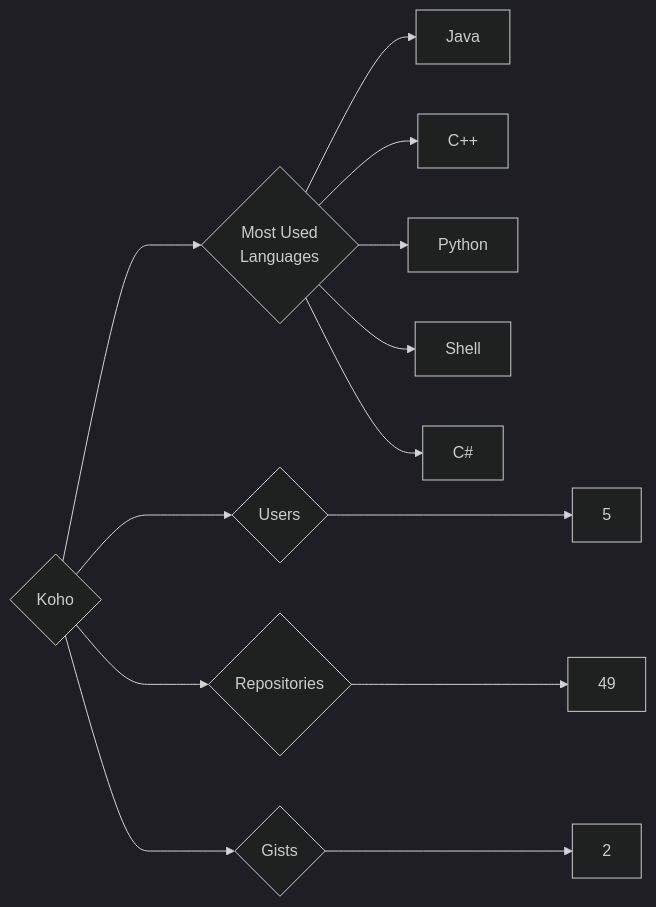
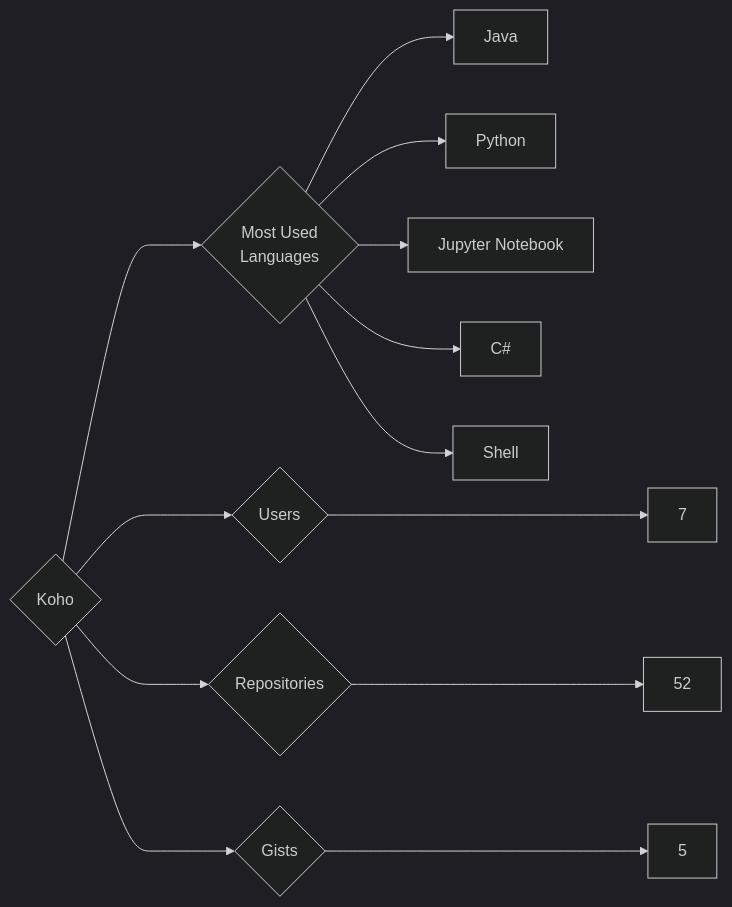
Before and after one commit to trickest/insiders: the diagram in targets/Koho/README.md, drawn with Mermaid (dark theme). The commit also changed 935 other files, not shown here.

````diff
--- a/targets/Koho/README.md
+++ b/targets/Koho/README.md
@@ -3,13 +3,13 @@
 ```mermaid
 graph LR
 COMPANY_NAME{Koho}
-COMPANY_NAME ---> U{Users} ---> UN[5]
-COMPANY_NAME ---> R{Repositories} ---> RN[49]
-COMPANY_NAME ---> G{Gists} ---> GN[2]
+COMPANY_NAME ---> U{Users} ---> UN[7]
+COMPANY_NAME ---> R{Repositories} ---> RN[52]
+COMPANY_NAME ---> G{Gists} ---> GN[5]
 COMPANY_NAME ---> ML{Most Used<br>Languages}
 ML --> Java[Java]
-ML --> C++[C++]
 ML --> Python[Python]
+ML --> Jupyter_Notebook[Jupyter Notebook]
+ML --> C#[C#]
 ML --> Shell[Shell]
-ML --> C#[C#]
 ```
````
